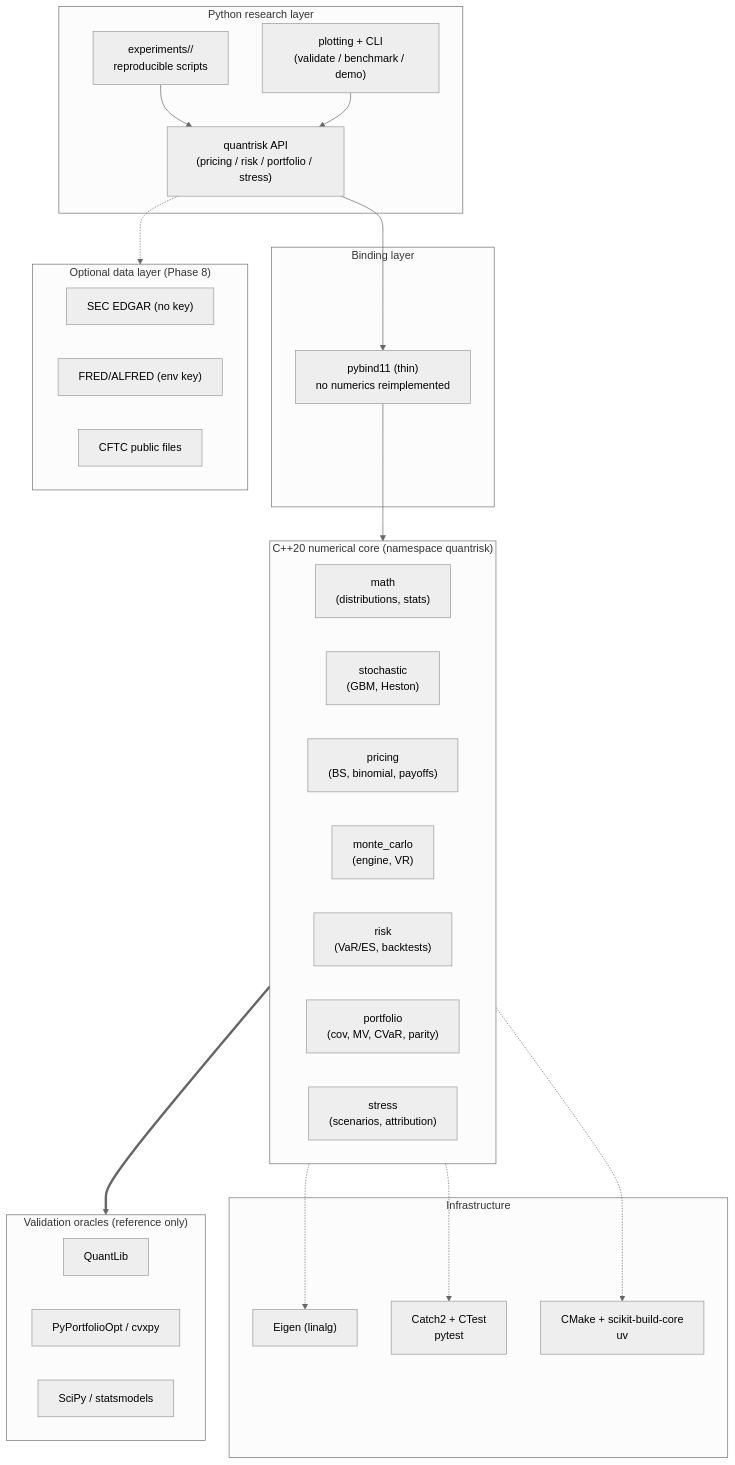
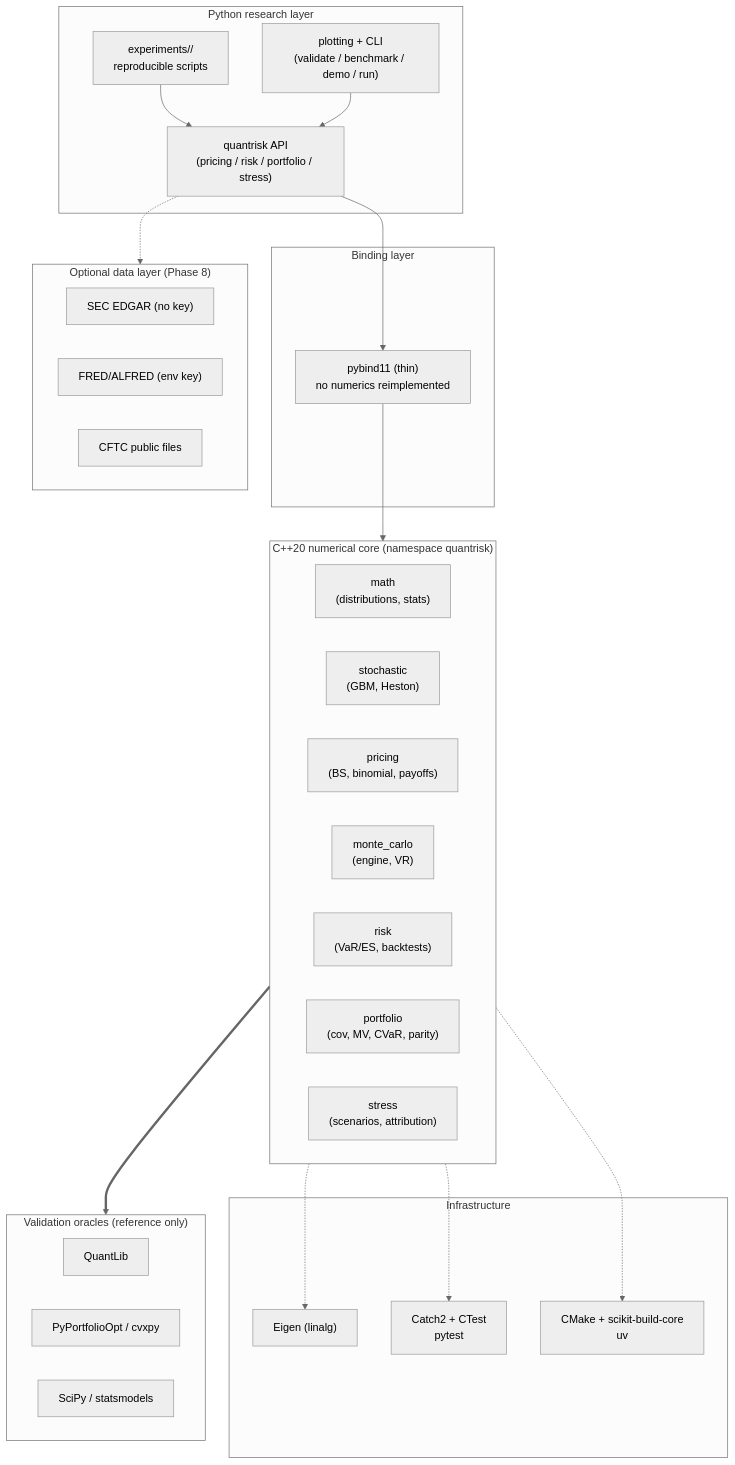
The diagram in docs/architecture.md (Jackxiaozhiren/quantrisk-plus-plus), drawn with Mermaid (neutral theme) before and after one commit. The commit also changed 15 other files, not shown here.

````diff
--- a/docs/architecture.md
+++ b/docs/architecture.md
@@ -9,44 +9,44 @@
 ```mermaid
 flowchart TB
     subgraph PY["Python research layer"]
         API["quantrisk API<br/>(pricing / risk / portfolio / stress)"]
         EXP["experiments/<topic>/<br/>reproducible scripts"]
-        PLT["plotting + CLI<br/>(validate / benchmark / demo)"]
+        PLT["plotting + CLI<br/>(validate / benchmark / demo / run)"]
     end
     subgraph BI["Binding layer"]
         PB["pybind11 (thin)<br/>no numerics reimplemented"]
     end
     subgraph CORE["C++20 numerical core (namespace quantrisk)"]
         direction LR
         M1["math<br/>(distributions, stats)"]
         M2["stochastic<br/>(GBM, Heston)"]
         M3["pricing<br/>(BS, binomial, payoffs)"]
         M4["monte_carlo<br/>(engine, VR)"]
         M5["risk<br/>(VaR/ES, backtests)"]
         M6["portfolio<br/>(cov, MV, CVaR, parity)"]
         M7["stress<br/>(scenarios, attribution)"]
     end
     subgraph INFRA["Infrastructure"]
         EIG["Eigen (linalg)"]
         TST["Catch2 + CTest<br/>pytest"]
         BLD["CMake + scikit-build-core<br/>uv"]
     end
     subgraph ORACLE["Validation oracles (reference only)"]
         QL["QuantLib"]
         PPO["PyPortfolioOpt / cvxpy"]
         SP["SciPy / statsmodels"]
     end
     subgraph DATA["Optional data layer (Phase 8)"]
         SEC["SEC EDGAR (no key)"]
         FRED["FRED/ALFRED (env key)"]
         CFTC["CFTC public files"]
     end
     API --> PB --> CORE
     EXP --> API
     PLT --> API
     CORE -.-> EIG
     CORE -.-> TST
     CORE -.-> BLD
     CORE ==> ORACLE
     API -.-> DATA
 ```
````
